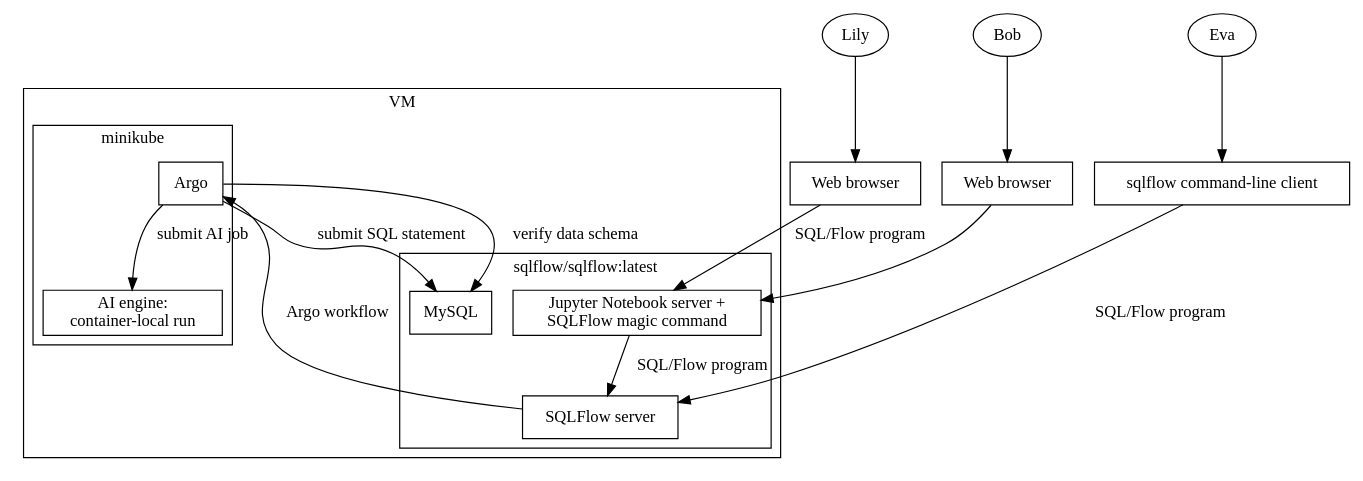
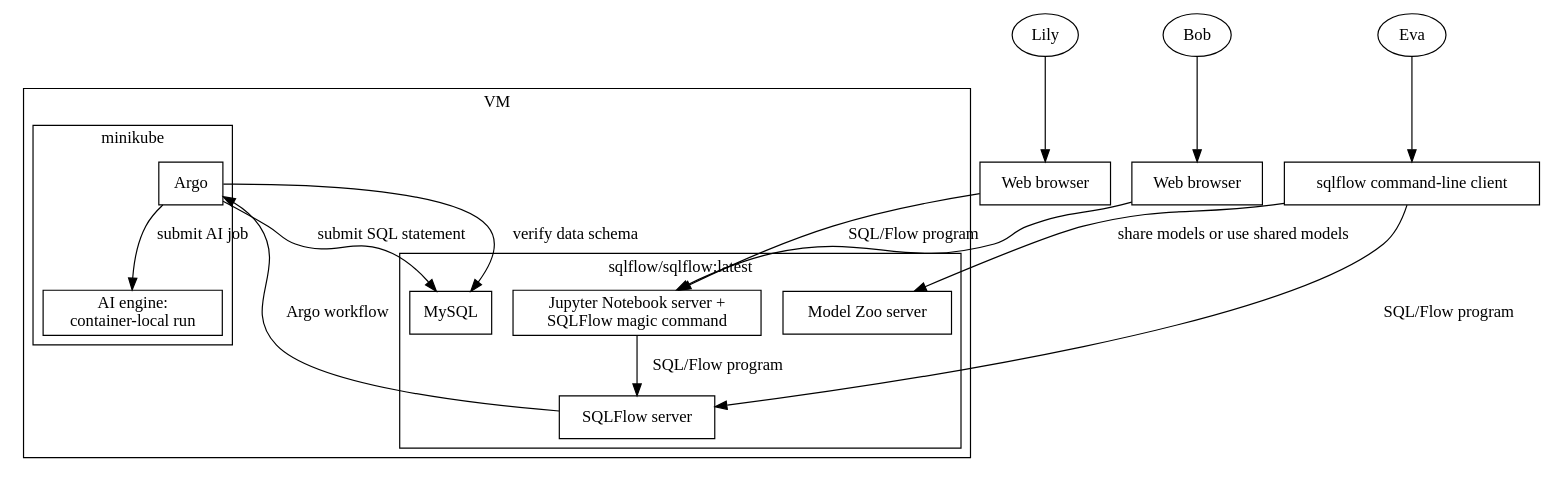
The diagram in figures/arch_vm.dot (sql-machine-learning/playground), drawn with Graphviz before and after one commit. The commit also changed 3 other files, not shown here.

Commit message:
Add model zoo server in the figure

```diff
--- a/figures/arch_vm.dot
+++ b/figures/arch_vm.dot
@@ -1,45 +1,47 @@
 digraph G {
         node [shape=box];
 
         User1 [shape=oval, label="Lily"];
         User2 [shape=oval, label="Bob"];
         User3 [shape=oval, label="Eva"];
 
         {rank = same; User1; User2; User3}
 
         Browser1 [label="Web browser"];
         Browser2 [label="Web browser"];
 
         {rank = same; Browser1, Browser2, Client}
 
         subgraph cluster_vm {
                 label="VM"
                 subgraph cluster_container {
                         label="sqlflow/sqlflow:latest";
                         Jupyter [label="Jupyter Notebook server +\n SQLFlow magic command"];
                         SQLFlow [label="SQLFlow server"];
+                        ModelZoo [label="Model Zoo server"];
                         DBMS [label="MySQL"];
                 }
                 subgraph cluster_minikube {
                     label="minikube";
                     Argo [label="Argo"];
                     AI [label="AI engine:\ncontainer-local run"];
                 }
         }
 
         User1 -> Browser1;
         User2 -> Browser2;
         Browser1 -> Jupyter [label="SQL/Flow program"];
         Browser2 -> Jupyter;
 
         Jupyter -> SQLFlow [label="SQL/Flow program"];
         SQLFlow -> Argo [label="Argo workflow"];
         Argo -> DBMS [label="submit SQL statement"];
         Argo -> AI [label="submit AI job"];
         Argo -> DBMS [label="verify data schema"];
 
         Client [label="sqlflow command-line client"];
 
         User3 -> Client;
         Client -> SQLFlow [label="SQL/Flow program"];
+        Client -> ModelZoo [label="share models or use shared models"];
 }
```
